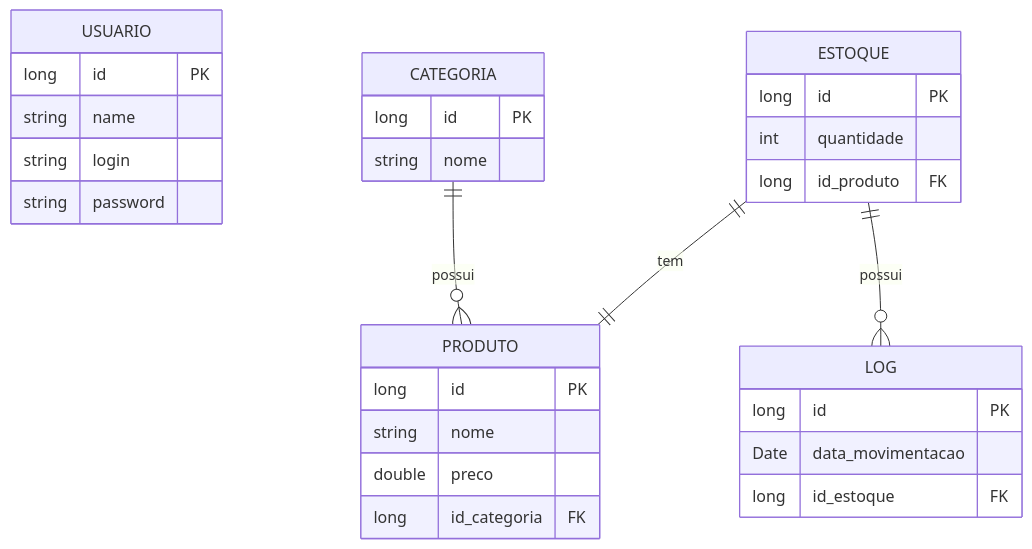
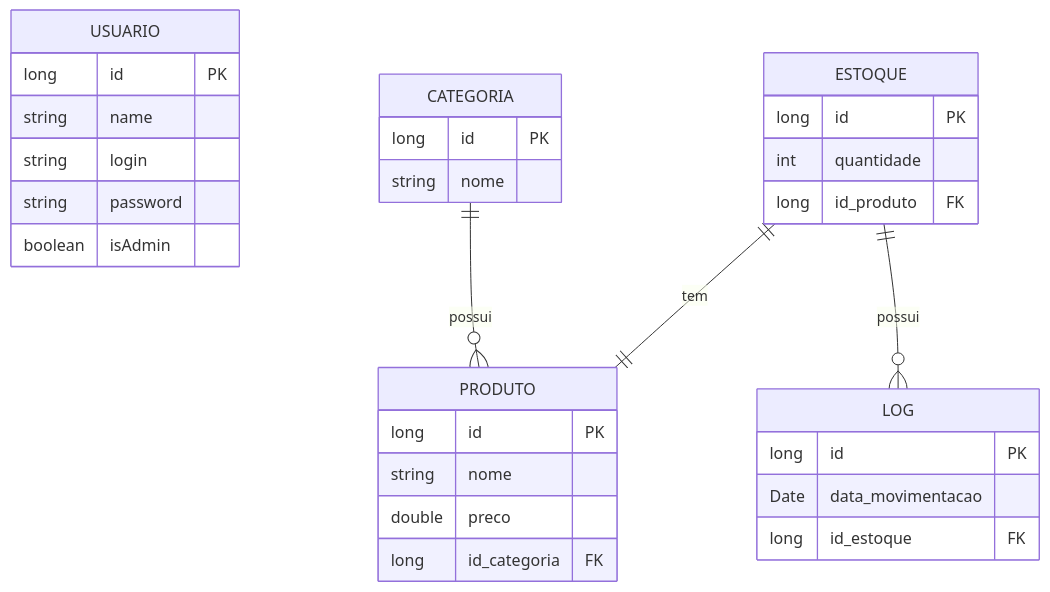
Before and after one commit to uDiegoDantas/sistock: the diagram in docs/doc-visao.md, drawn with Mermaid. The commit also changed other lines of this file and 1 other file, not shown here.

````diff
--- a/docs/doc-visao.md
+++ b/docs/doc-visao.md
@@ -97,37 +98,38 @@
 ```mermaid
 erDiagram
     USUARIO {
         long id PK
         string name
         string login
         string password
+        boolean isAdmin
     }
 
     CATEGORIA {
         long id PK
         string nome
     }
 
     PRODUTO {
         long id PK
         string nome
         double preco
         long id_categoria FK
     }
     CATEGORIA ||--o{ PRODUTO : "possui"
 
     LOG {
         long id PK
         Date data_movimentacao
         long id_estoque FK 
     }
 
     ESTOQUE {
         long id PK
         int quantidade
         long id_produto FK
     }
     ESTOQUE ||--o{ LOG : "possui"
     ESTOQUE ||--|| PRODUTO : "tem"
 
 ```
````
